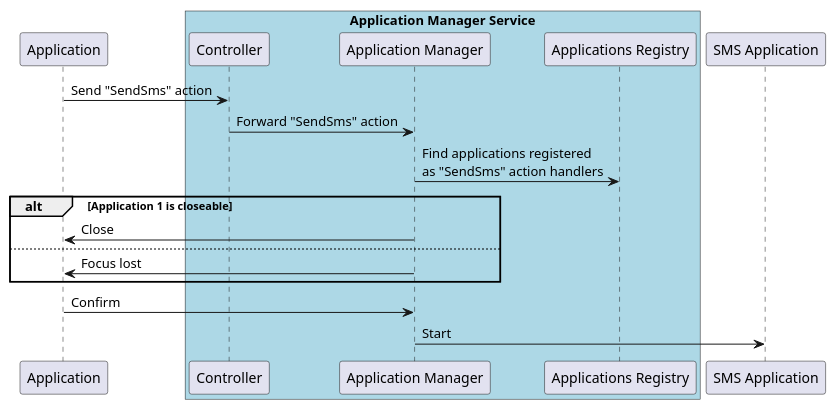
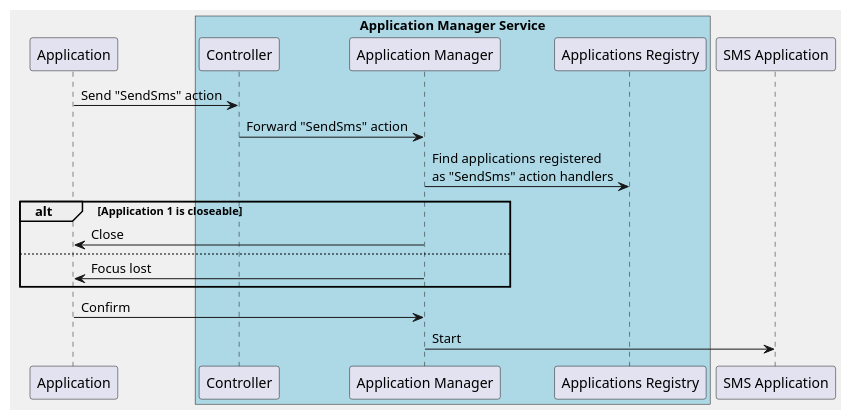
The diagram in module-services/service-appmgr/doc/appmgr_switch_sms_app_proposal.pu (mudita/MuditaOS), drawn with PlantUML before and after one commit. The commit also changed 180 other files, not shown here.

First line of the commit message:
Fix transparent backgrounds in PlantUML

```diff
--- a/module-services/service-appmgr/doc/appmgr_switch_sms_app_proposal.pu
+++ b/module-services/service-appmgr/doc/appmgr_switch_sms_app_proposal.pu
@@ -1,20 +1,21 @@
 @startuml
+skinparam BackgroundColor F0F0F0
 participant "Application" as app
 box "Application Manager Service" #LightBlue
 participant "Controller" as appmgr_control
 participant "Application Manager" as appmgr
 participant "Applications Registry" as app_reg
 end box
 participant "SMS Application" as sms_app
 
 app -> appmgr_control: Send "SendSms" action
 appmgr_control -> appmgr: Forward "SendSms" action
 appmgr -> app_reg: Find applications registered\nas "SendSms" action handlers
 alt Application 1 is closeable
     appmgr -> app: Close
 else
     appmgr -> app: Focus lost
 end
 app -> appmgr: Confirm
 appmgr -> sms_app: Start
 @enduml
```
